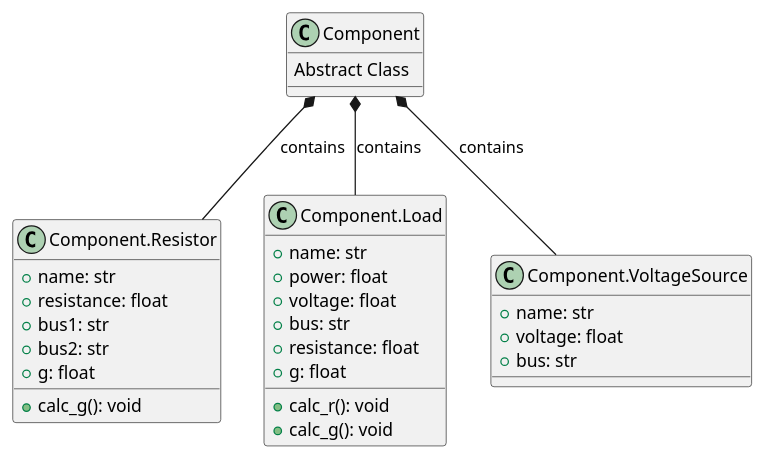
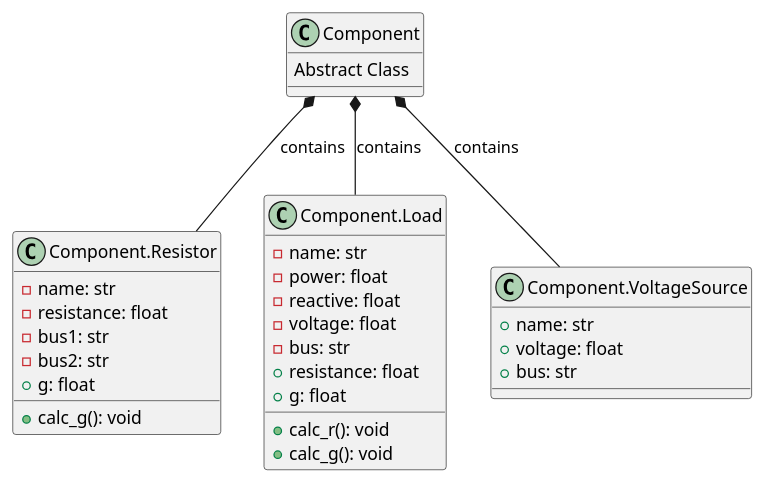
Before and after one commit to JLipnerPitt/ECE2774-ADV-POWER-SYSTEMS-ANALYSIS: the third of 10 diagrams in project2.plantuml, drawn with PlantUML. The commit also changed other lines of this file, not shown here.

Commit message:
Updated to include diagrams for the Transformer and TransmissionLine classes.

```diff
--- a/project2.plantuml
+++ b/project2.plantuml
@@ -26,37 +26,38 @@
 @startuml Component
 class "Component" as Outer {
     Abstract Class
 }
 
 class "Component.Resistor" as Inner {
-    +name: str
-    +resistance: float
-    +bus1: str
-    +bus2: str
+    -name: str
+    -resistance: float
+    -bus1: str
+    -bus2: str
     +g: float
     
     +calc_g(): void
 }
 
 class "Component.Load" as Inner2 {
-    +name: str
-    +power: float
-    +voltage: float
-    +bus: str
+    -name: str
+    -power: float
+    -reactive: float
+    -voltage: float
+    -bus: str
     +resistance: float
     +g: float
 
     +calc_r(): void
     +calc_g(): void
 }
 
 class "Component.VoltageSource" as Inner3 {
     +name: str
     +voltage: float
     +bus: str
 }
 
 Outer *-- Inner : contains
 Outer *-- Inner2 : contains
 Outer *-- Inner3 : contains
 @enduml
```
